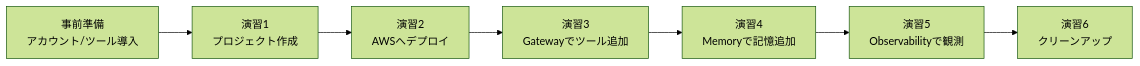
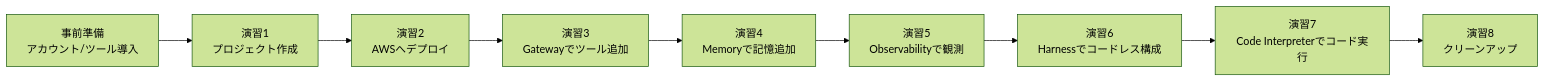
The second of 5 diagrams in aws-agent/aws-agentcore-handson.md (htrbass44/TIL), drawn with Mermaid (forest theme) before and after one commit. The commit also changed other lines of this file and 3 other files, not shown here.

````diff
--- a/aws-agent/aws-agentcore-handson.md
+++ b/aws-agent/aws-agentcore-handson.md
@@ -92,9 +108,11 @@
 ```mermaid
 flowchart LR
     A["事前準備<br/>アカウント/ツール導入"] --> B["演習1<br/>プロジェクト作成"]
     B --> C["演習2<br/>AWSへデプロイ"]
     C --> D["演習3<br/>Gatewayでツール追加"]
     D --> E["演習4<br/>Memoryで記憶追加"]
     E --> F["演習5<br/>Observabilityで観測"]
-    F --> G["演習6<br/>クリーンアップ"]
+    F --> G["演習6<br/>Harnessでコードレス構成"]
+    G --> H["演習7<br/>Code Interpreterでコード実行"]
+    H --> I["演習8<br/>クリーンアップ"]
 ```
````
